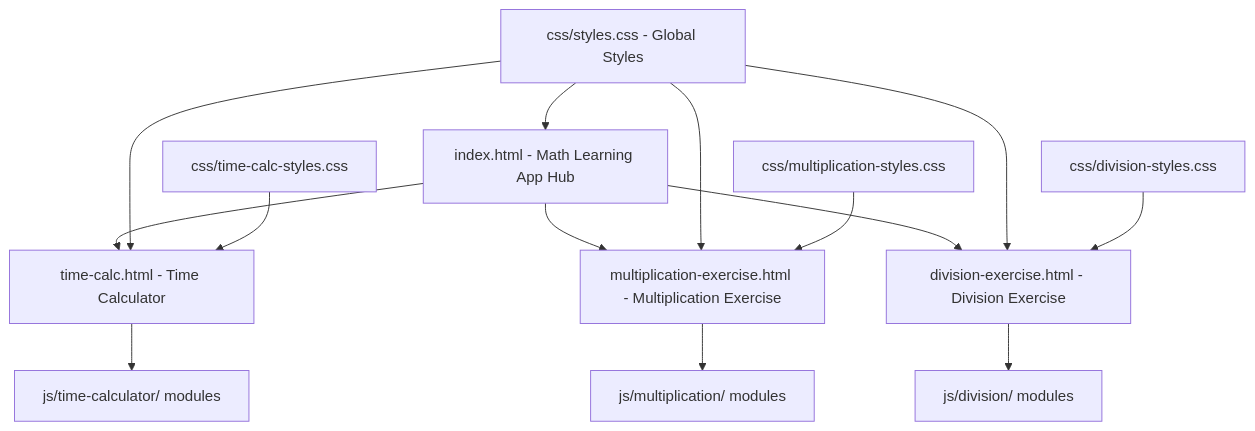
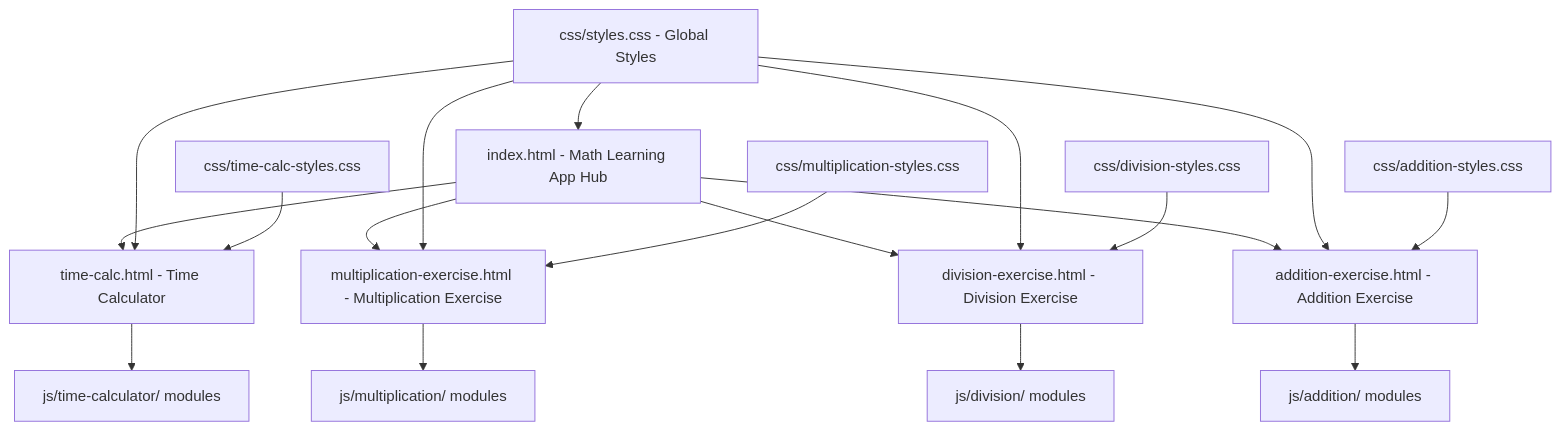
The first of 5 diagrams in memory-bank/systemPatterns.md (achilles-mantel/achilles-mantel.github.io), drawn with Mermaid before and after one commit. The commit also changed other lines of this file and 10 other files, not shown here.

````diff
--- a/memory-bank/systemPatterns.md
+++ b/memory-bank/systemPatterns.md
@@ -7,19 +7,23 @@
 ```mermaid
 graph TD
     INDEX[index.html - Math Learning App Hub] --> TC[time-calc.html - Time Calculator]
     INDEX --> ME[multiplication-exercise.html - Multiplication Exercise]
     INDEX --> DE[division-exercise.html - Division Exercise]
+    INDEX --> AE[addition-exercise.html - Addition Exercise]
     
     TC --> TCM[js/time-calculator/ modules]
     ME --> MEM[js/multiplication/ modules]
     DE --> DEM[js/division/ modules]
+    AE --> AEM[js/addition/ modules]
     
     STYLES[css/styles.css - Global Styles] --> INDEX
     STYLES --> TC
     STYLES --> ME
     STYLES --> DE
+    STYLES --> AE
     
     TCS[css/time-calc-styles.css] --> TC
     MES[css/multiplication-styles.css] --> ME
     DES[css/division-styles.css] --> DE
+    AES[css/addition-styles.css] --> AE
 ```
````
